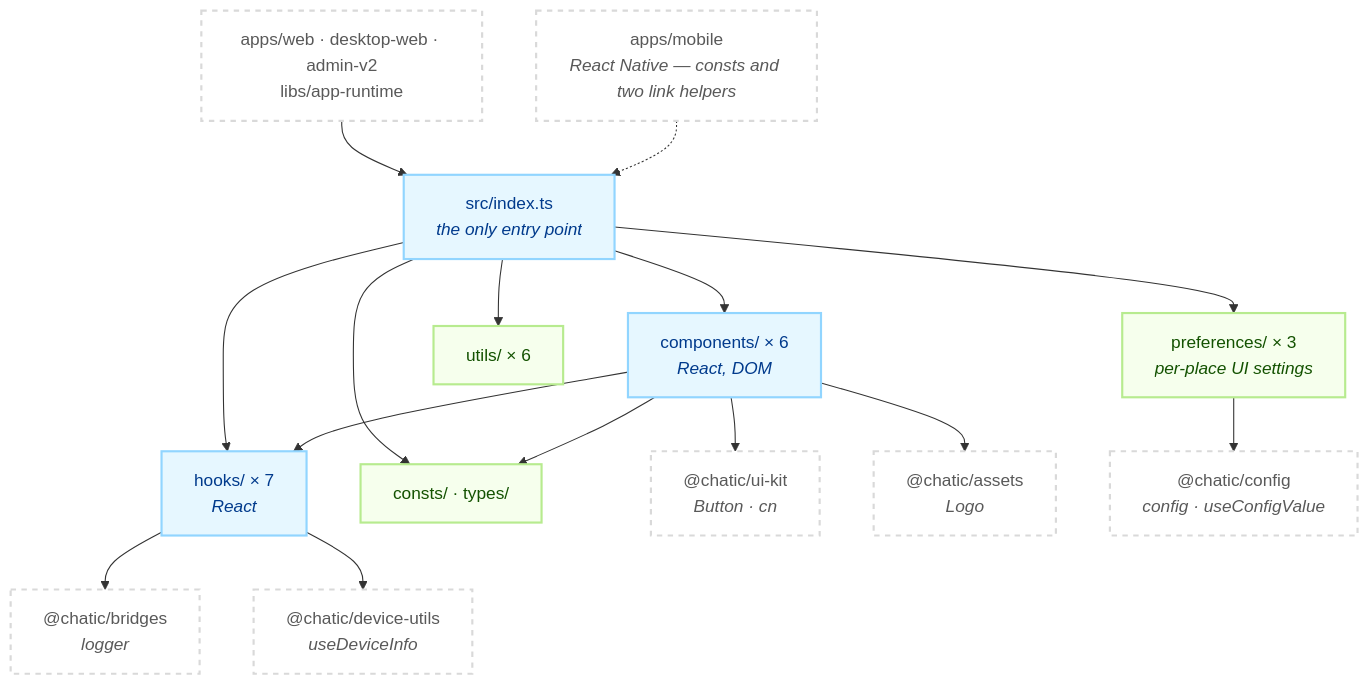
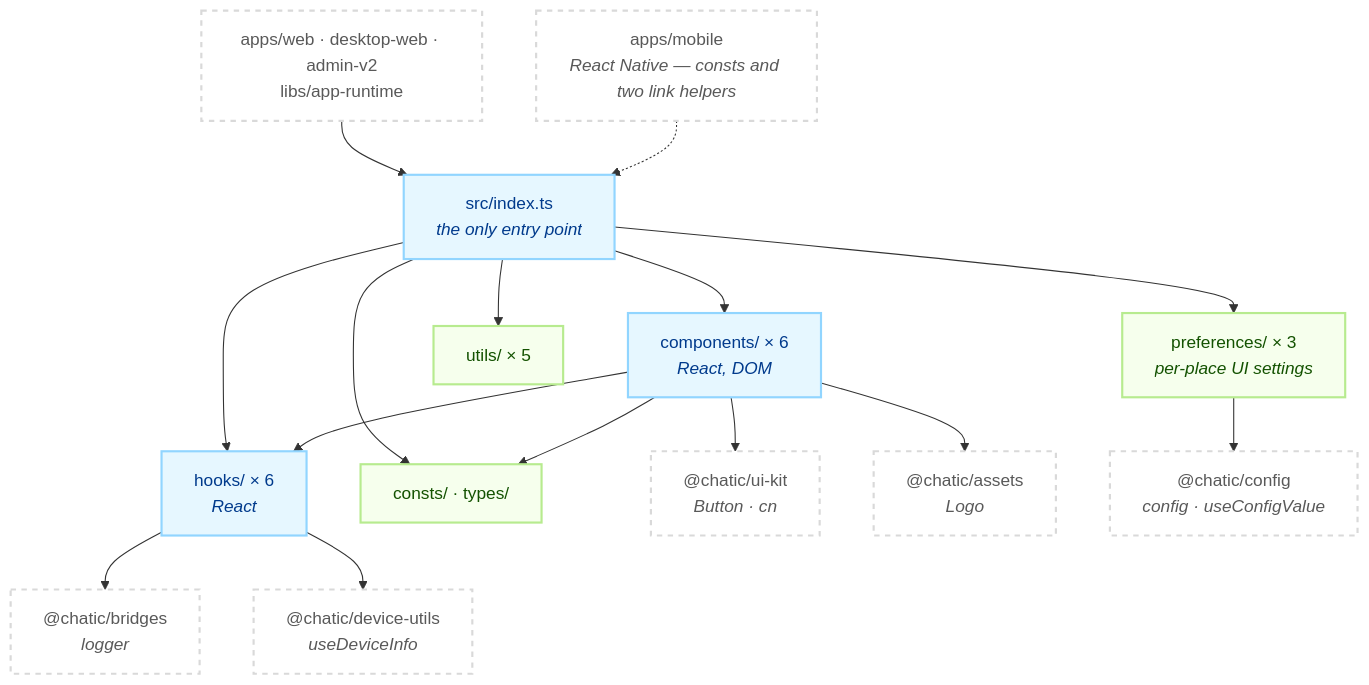
One commit to lemoncloud-io/dou-app changed the first of 2 diagrams in libs/shared/README.md. Above: the diagram before and after it, drawn with Mermaid. The commit also changed other lines of this file and 94 other files, not shown here.

````diff
--- a/libs/shared/README.md
+++ b/libs/shared/README.md
@@ -129,38 +129,38 @@
 ```mermaid
 flowchart TD
     classDef grp fill:#e6f7ff,stroke:#91d5ff,stroke-width:2px,color:#003a8c;
     classDef pure fill:#f6ffed,stroke:#b7eb8f,stroke-width:2px,color:#135200;
     classDef ext fill:#ffffff,stroke:#d9d9d9,stroke-width:2px,color:#595959,stroke-dasharray: 5 5;
 
     App["apps/web · desktop-web · admin-v2<br/>libs/app-runtime"]:::ext
     RN["apps/mobile<br/><i>React Native — consts and two link helpers</i>"]:::ext
 
     Barrel["src/index.ts<br/><i>the only entry point</i>"]:::grp
 
     Comp["components/ × 6<br/><i>React, DOM</i>"]:::grp
-    Hooks["hooks/ × 7<br/><i>React</i>"]:::grp
+    Hooks["hooks/ × 6<br/><i>React</i>"]:::grp
     Prefs["preferences/ × 3<br/><i>per-place UI settings</i>"]:::pure
-    Utils["utils/ × 6"]:::pure
+    Utils["utils/ × 5"]:::pure
     Const["consts/ · types/"]:::pure
 
     UiKit["@chatic/ui-kit<br/><i>Button · cn</i>"]:::ext
     Assets["@chatic/assets<br/><i>Logo</i>"]:::ext
     Bridges["@chatic/bridges<br/><i>logger</i>"]:::ext
     Cfg["@chatic/config<br/><i>config · useConfigValue</i>"]:::ext
     Dev["@chatic/device-utils<br/><i>useDeviceInfo</i>"]:::ext
 
     App --> Barrel
     RN -.-> Barrel
     Barrel --> Comp
     Barrel --> Hooks
     Barrel --> Prefs
     Barrel --> Utils
     Barrel --> Const
     Comp --> Hooks
     Comp --> Const
     Comp --> UiKit
     Comp --> Assets
     Hooks --> Bridges
     Hooks --> Dev
     Prefs --> Cfg
 ```
````
